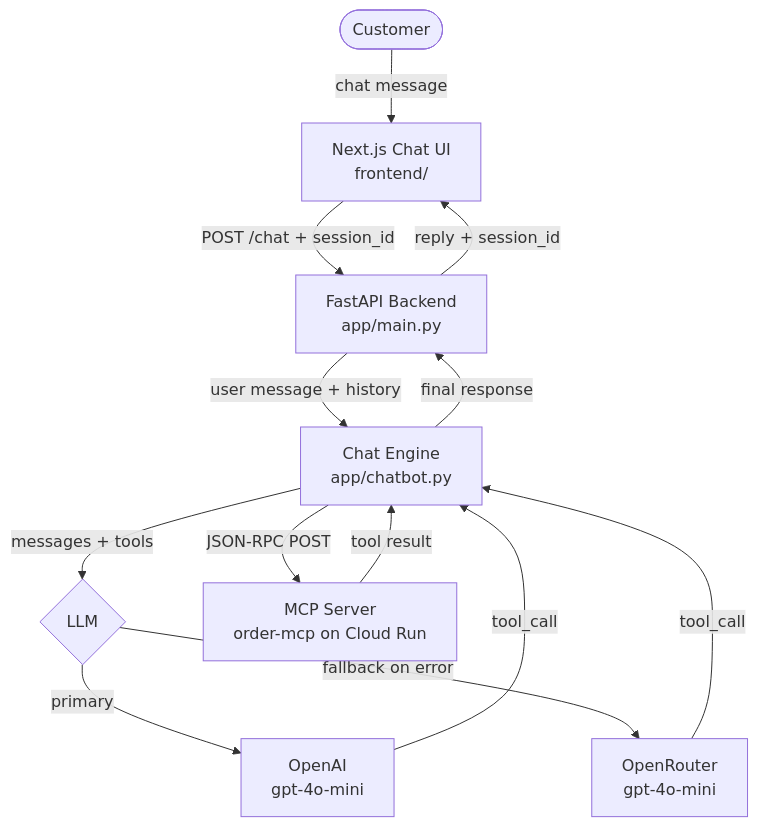
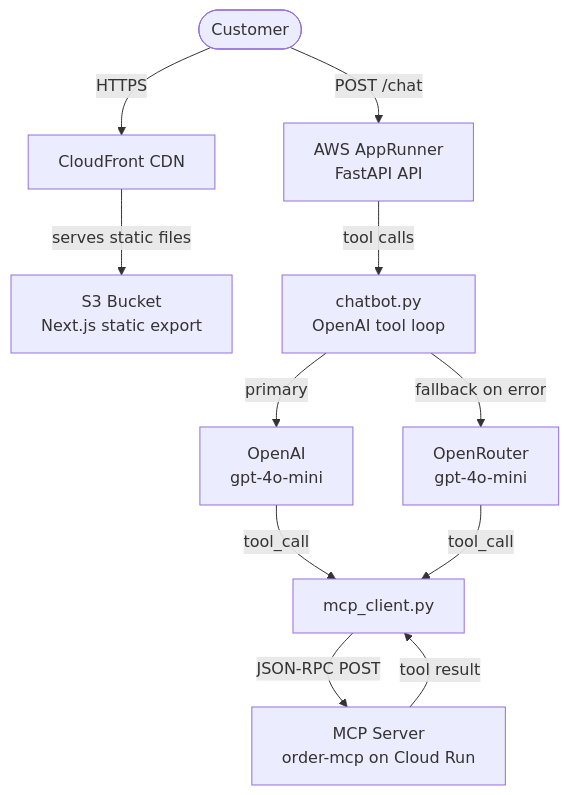
The first of 6 diagrams in ARCHITECTURE.md (felixmakinda/meridian-chatbot), drawn with Mermaid before and after one commit. The commit also changed other lines of this file, not shown here.

Commit message:
Update architecture to reflect AppRunner + CloudFront deployment

````diff
--- a/ARCHITECTURE.md
+++ b/ARCHITECTURE.md
@@ -12,15 +13,14 @@
 ```mermaid
 flowchart TD
-    Customer([Customer]) -->|chat message| UI[Next.js Chat UI\nfrontend/]
-    UI -->|POST /chat + session_id| API[FastAPI Backend\napp/main.py]
-    API -->|user message + history| Engine[Chat Engine\napp/chatbot.py]
-    Engine -->|messages + tools| LLM{LLM}
-    LLM -->|primary| OAI[OpenAI\ngpt-4o-mini]
-    LLM -->|fallback on error| OR[OpenRouter\ngpt-4o-mini]
-    OAI -->|tool_call| Engine
-    OR -->|tool_call| Engine
-    Engine -->|JSON-RPC POST| MCP[MCP Server\norder-mcp on Cloud Run]
-    MCP -->|tool result| Engine
-    Engine -->|final response| API
-    API -->|reply + session_id| UI
+    Customer([Customer]) -->|HTTPS| CF[CloudFront CDN]
+    CF -->|serves static files| S3[S3 Bucket\nNext.js static export]
+
+    Customer -->|POST /chat| AR[AWS AppRunner\nFastAPI API]
+
+    AR -->|tool calls| CB[chatbot.py\nOpenAI tool loop]
+    CB -->|primary| OAI[OpenAI\ngpt-4o-mini]
+    CB -->|fallback on error| OR[OpenRouter\ngpt-4o-mini]
+    OAI & OR -->|tool_call| MC[mcp_client.py]
+    MC -->|JSON-RPC POST| MCP[MCP Server\norder-mcp on Cloud Run]
+    MCP -->|tool result| MC
 ```
````
